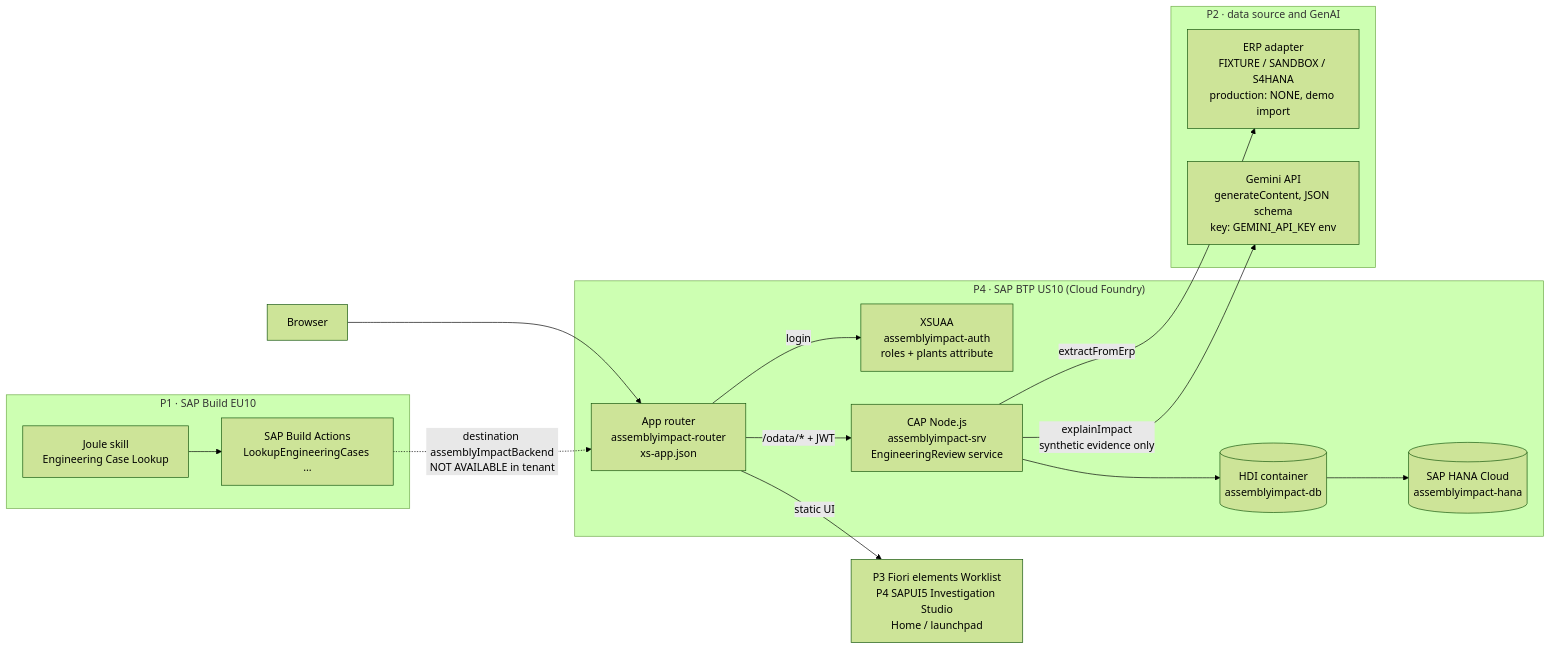
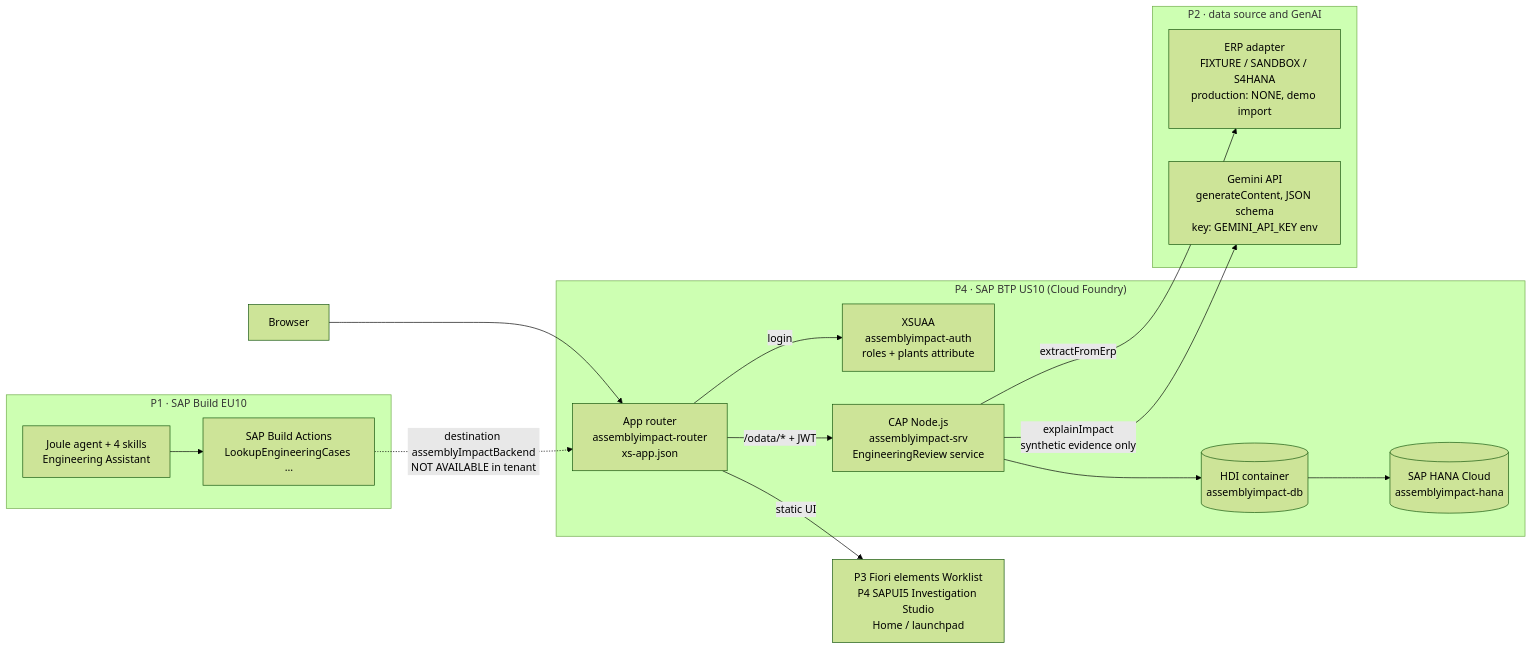
One commit to Naman028/assemblyimpact-ai changed the first of 2 diagrams in readme.md. Above: the diagram before and after it, drawn with Mermaid (forest theme). The commit also changed other lines of this file and 15 other files, not shown here.

First line of the commit message:
P1: all Joule skills and the Engineering Assistant agent, EU10 destination handoff (#27)

````diff
--- a/readme.md
+++ b/readme.md
@@ -64,20 +64,20 @@
 ```mermaid
 flowchart LR
   subgraph P4["P4 · SAP BTP US10 (Cloud Foundry)"]
     R[App router<br/>assemblyimpact-router<br/>xs-app.json] -- login --> X[XSUAA<br/>assemblyimpact-auth<br/>roles + plants attribute]
     R -- /odata/* + JWT --> S[CAP Node.js<br/>assemblyimpact-srv<br/>EngineeringReview service]
     S --> H[(HDI container<br/>assemblyimpact-db)] --> HC[(SAP HANA Cloud<br/>assemblyimpact-hana)]
   end
   B[Browser] --> R
   R -- static UI --> UI[P3 Fiori elements Worklist<br/>P4 SAPUI5 Investigation Studio<br/>Home / launchpad]
   subgraph P2["P2 · data source and GenAI"]
     ERP[ERP adapter<br/>FIXTURE / SANDBOX / S4HANA<br/>production: NONE, demo import]
     G[Gemini API<br/>generateContent, JSON schema<br/>key: GEMINI_API_KEY env]
   end
   S -- extractFromErp --> ERP
   S -- explainImpact<br/>synthetic evidence only --> G
   subgraph P1["P1 · SAP Build EU10"]
-    J[Joule skill<br/>Engineering Case Lookup] --> A[SAP Build Actions<br/>LookupEngineeringCases …]
+    J[Joule agent + 4 skills<br/>Engineering Assistant] --> A[SAP Build Actions<br/>LookupEngineeringCases …]
   end
   A -. destination assemblyImpactBackend<br/>NOT AVAILABLE in tenant .-> R
 ```
````
